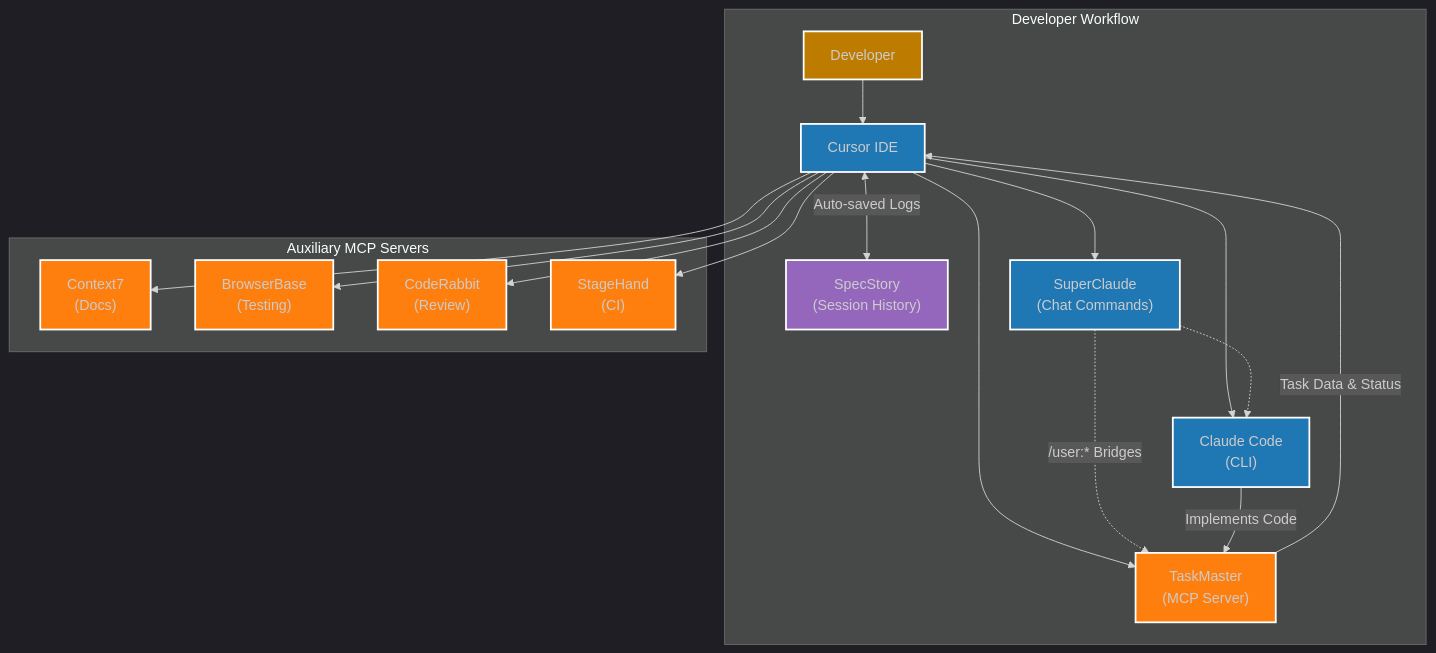
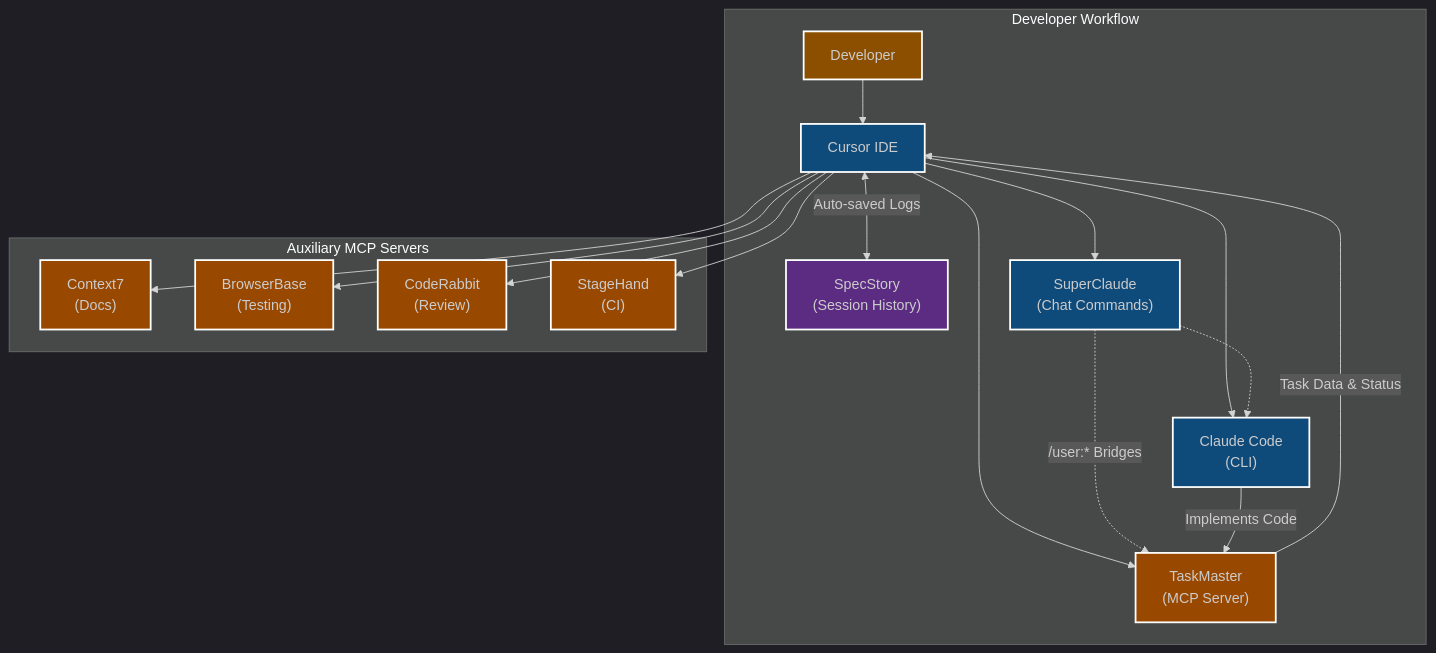
One commit to Rev4nchist/claude-code-dev-cycle changed the diagram in docs/architecture.mmd. Above: the diagram before and after it, drawn with Mermaid. The commit also changed 1 other file, not shown here.

Commit message:
docs: darken diagram colors for readability

```diff
--- a/docs/architecture.mmd
+++ b/docs/architecture.mmd
@@ -1,41 +1,41 @@
 %%{init: {"theme":"dark"}}%%
 graph TD
   subgraph "Developer Workflow"
     developer["Developer"]:::role
     cursor["Cursor IDE"]:::tool
     specstory["SpecStory<br/>(Session History)"]:::aux
     superclaude["SuperClaude<br/>(Chat Commands)"]:::tool
     claudeCode["Claude Code<br/>(CLI)"]:::tool
     taskmaster["TaskMaster<br/>(MCP Server)"]:::server
   end
 
   subgraph "Auxiliary MCP Servers"
     context7["Context7<br/>(Docs)"]:::server
     browserbase["BrowserBase<br/>(Testing)"]:::server
     coderabbit["CodeRabbit<br/>(Review)"]:::server
     stagehand["StageHand<br/>(CI)"]:::server
   end
 
   developer --> cursor
   cursor --> superclaude
   cursor --> taskmaster
   cursor --> claudeCode
   cursor <-->|"Auto-saved Logs"| specstory
   superclaude -.->|"/user:* Bridges"| taskmaster
   superclaude -.-> claudeCode
   claudeCode -->|"Implements Code"| taskmaster
   taskmaster -->|"Task Data & Status"| cursor
   cursor --> context7
   cursor --> browserbase
   cursor --> coderabbit
   cursor --> stagehand
 
-  classDef role fill:#bd7c00,stroke:#ffffff,stroke-width:2px;
-  classDef tool fill:#1f77b4,stroke:#ffffff,stroke-width:2px;
-  classDef aux fill:#9467bd,stroke:#ffffff,stroke-width:2px;
-  classDef server fill:#ff7f0e,stroke:#ffffff,stroke-width:2px;
+  classDef role fill:#8c4f00,stroke:#ffffff,stroke-width:2px;
+  classDef tool fill:#0e4a7a,stroke:#ffffff,stroke-width:2px;
+  classDef aux fill:#5b2c82,stroke:#ffffff,stroke-width:2px;
+  classDef server fill:#994800,stroke:#ffffff,stroke-width:2px;
 
   class developer role;
   class cursor,superclaude,claudeCode tool;
   class specstory aux;
   class taskmaster,context7,browserbase,coderabbit,stagehand server; 
```
